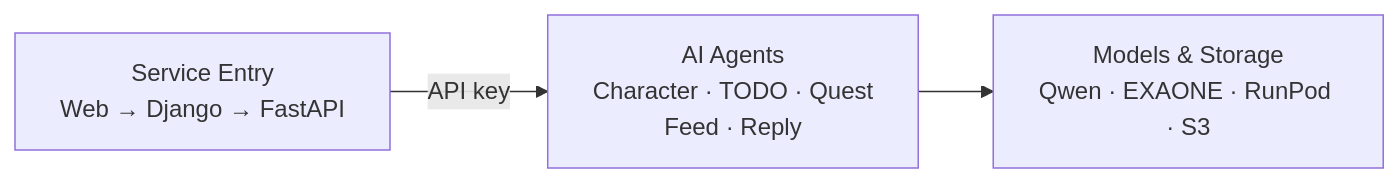
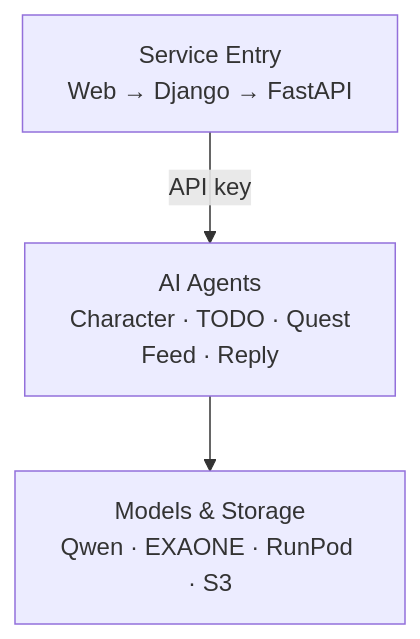
Before and after one commit to bigmooon/mongle-ai: the second of 2 diagrams in README.md, drawn with Mermaid. The commit also changed other lines of this file, not shown here.

````diff
--- a/README.md
+++ b/README.md
@@ -64,8 +91,8 @@
 ```mermaid
-flowchart LR
+flowchart TB
     ENTRY["Service Entry<br/>Web → Django → FastAPI"]
     AGENTS["AI Agents<br/>Character · TODO · Quest<br/>Feed · Reply"]
     PROVIDERS["Models & Storage<br/>Qwen · EXAONE · RunPod · S3"]
 
     ENTRY -->|API key| AGENTS --> PROVIDERS
 ```
````
